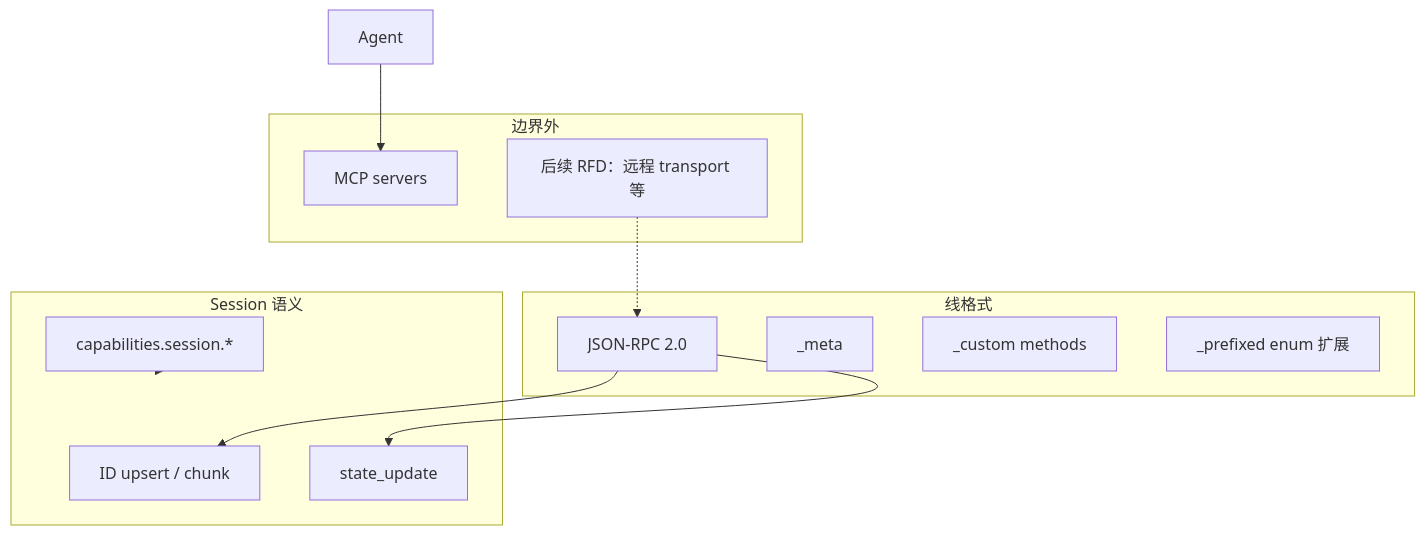
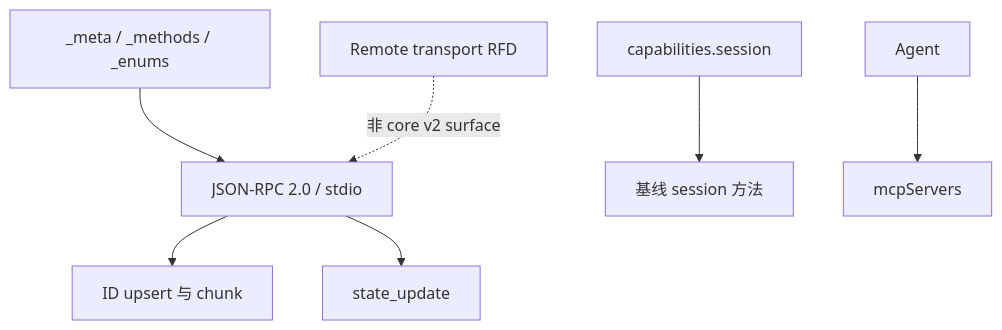
Before and after one commit to PerfectPan/wiki: the fifth of 5 diagrams in wiki/topics/ai/Agent Client Protocol.md, drawn with Mermaid. The commit also changed other lines of this file and 1 other file, not shown here.

````diff
--- a/wiki/topics/ai/Agent Client Protocol.md
+++ b/wiki/topics/ai/Agent Client Protocol.md
@@ -213,23 +184,9 @@
 ```mermaid
 flowchart TB
-  subgraph wire [线格式]
-    JR[JSON-RPC 2.0]
-    Meta[_meta]
-    Custom[_custom methods]
-    Enum[_prefixed enum 扩展]
-  end
-  subgraph session [Session 语义]
-    Upsert[ID upsert / chunk]
-    State[state_update]
-    Cap[capabilities.session.*]
-  end
-  subgraph out [边界外]
-    MCP[MCP servers]
-    RFD[后续 RFD：远程 transport 等]
-  end
-  JR --> Upsert
-  JR --> State
-  Cap --> session
-  Agent --> MCP
-  RFD -.-> JR
+  JR[JSON-RPC 2.0 / stdio] --> Upsert[ID upsert 与 chunk]
+  JR --> State[state_update]
+  Cap[capabilities.session] --> Baseline[基线 session 方法]
+  Ext[_meta / _methods / _enums] --> JR
+  Agent --> MCP[mcpServers]
+  RemoteRFD[Remote transport RFD] -.->|非 core v2 surface| JR
 ```
````
